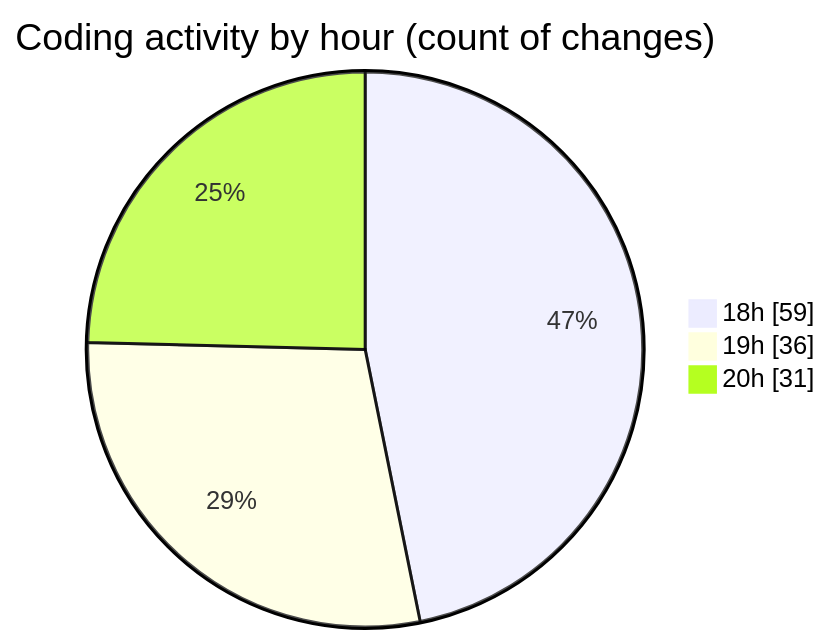
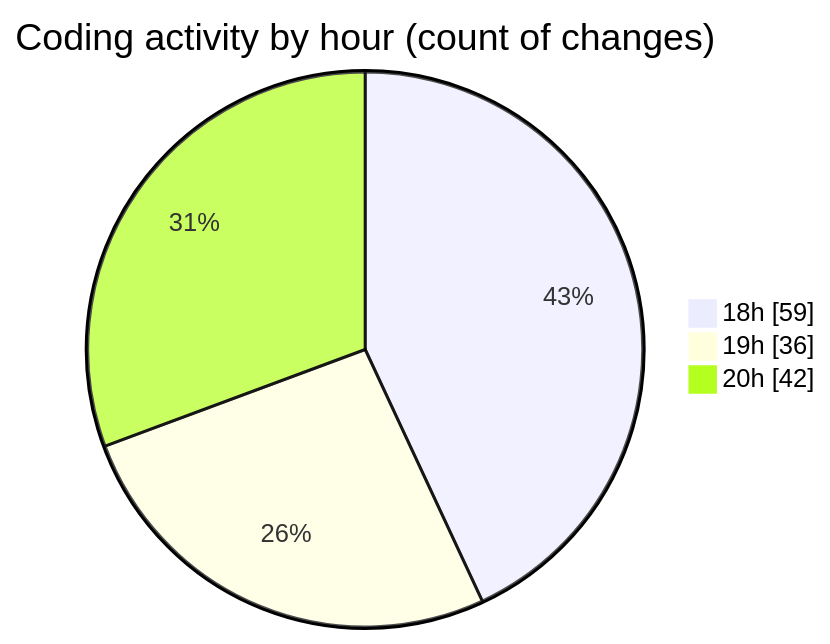
The second of 2 diagrams in 2025-04-02/back-end/README.md (Netris89/code-tracking), drawn with Mermaid before and after one commit. The commit also changed other lines of this file and 1 other file, not shown here.

````diff
--- a/2025-04-02/back-end/README.md
+++ b/2025-04-02/back-end/README.md
@@ -30,7 +37,7 @@
 ```mermaid
 pie showData
 title Coding activity by hour (count of changes)
 "18h" : 59
 "19h" : 36
-"20h" : 31
+"20h" : 42
 ```
````
